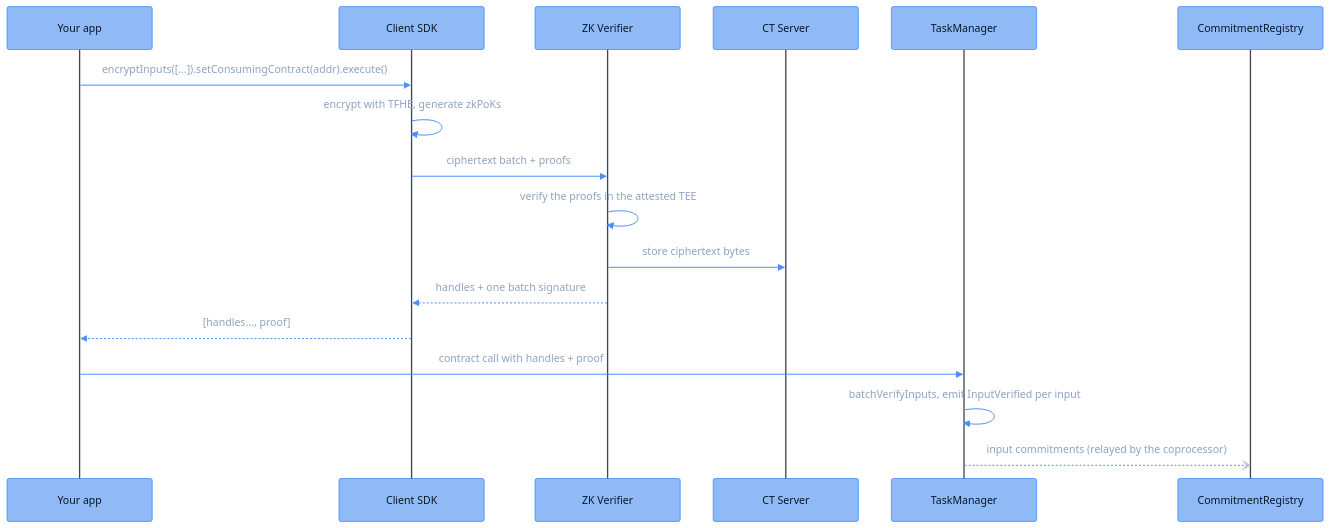
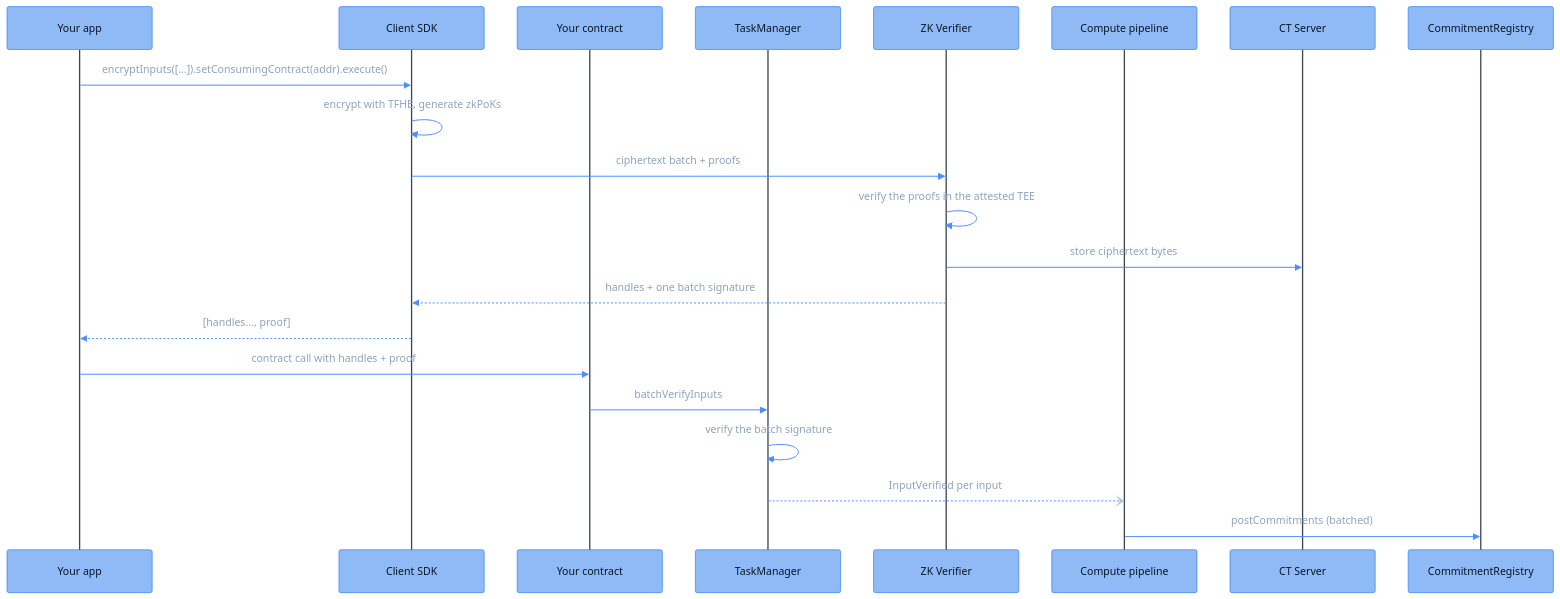
Before and after one commit to FhenixProtocol/fhenix-developer-docs: the diagram in deep-dive/data-flows/encryption-request-flow.mdx, drawn with Mermaid. The commit also changed other lines of this file and 2 other files, not shown here.

Commit message:
[DOCS] data-flows: one component order across the three flow diagrams

````diff
--- a/deep-dive/data-flows/encryption-request-flow.mdx
+++ b/deep-dive/data-flows/encryption-request-flow.mdx
@@ -20,21 +23,25 @@
 ```mermaid
 %%{init: {"theme": "base", "themeVariables": {"fontFamily": "Menlo, Monaco, Consolas, monospace", "fontSize": "16px", "primaryColor": "#8FBAF5", "primaryBorderColor": "#2E7CF6", "primaryTextColor": "#0A1626", "lineColor": "#4C8DFF", "signalColor": "#4C8DFF", "signalTextColor": "#8FA3BF", "actorBkg": "#8FBAF5", "actorBorder": "#2E7CF6", "actorTextColor": "#0A1626", "actorLineColor": "#3D4654", "noteBkgColor": "#14171C", "noteBorderColor": "#3D4654", "noteTextColor": "#AFC3DE", "activationBkgColor": "#1E3A5F", "activationBorderColor": "#4C8DFF", "clusterBkg": "#14171C", "clusterBorder": "#3D4654", "titleColor": "#E7EAEE", "edgeLabelBackground": "#8FBAF5", "textColor": "#AFC3DE", "labelTextColor": "#E7EAEE", "tertiaryColor": "#14171C", "loopTextColor": "#AFC3DE", "labelBoxBkgColor": "#1E3A5F", "labelBoxBorderColor": "#4C8DFF"}, "sequence": {"actorFontFamily": "Menlo, Monaco, Consolas, monospace", "messageFontFamily": "Menlo, Monaco, Consolas, monospace", "noteFontFamily": "Menlo, Monaco, Consolas, monospace", "width": 220, "actorFontSize": 16, "messageFontSize": 16, "noteFontSize": 15}}}%%
 sequenceDiagram
     participant App as Your app
     participant SDK as Client SDK
+    participant C as Your contract
+    participant TM as TaskManager
     participant ZK as ZK Verifier
+    participant Pipe as Compute pipeline
     participant CTS as CT Server
-    participant TM as TaskManager
     participant CR as CommitmentRegistry
 
     App->>SDK: encryptInputs([...]).setConsumingContract(addr).execute()
     SDK->>SDK: encrypt with TFHE, generate zkPoKs
     SDK->>ZK: ciphertext batch + proofs
     ZK->>ZK: verify the proofs in the attested TEE
     ZK->>CTS: store ciphertext bytes
     ZK-->>SDK: handles + one batch signature
     SDK-->>App: [handles..., proof]
-    App->>TM: contract call with handles + proof
-    TM->>TM: batchVerifyInputs, emit InputVerified per input
-    TM--)CR: input commitments (relayed by the coprocessor)
+    App->>C: contract call with handles + proof
+    C->>TM: batchVerifyInputs
+    TM->>TM: verify the batch signature
+    TM--)Pipe: InputVerified per input
+    Pipe->>CR: postCommitments (batched)
 ```
````
